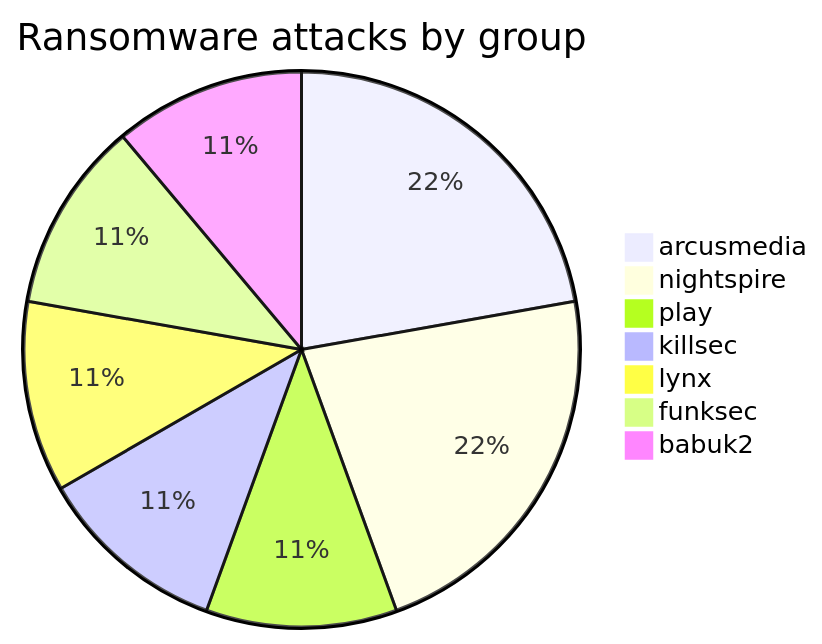
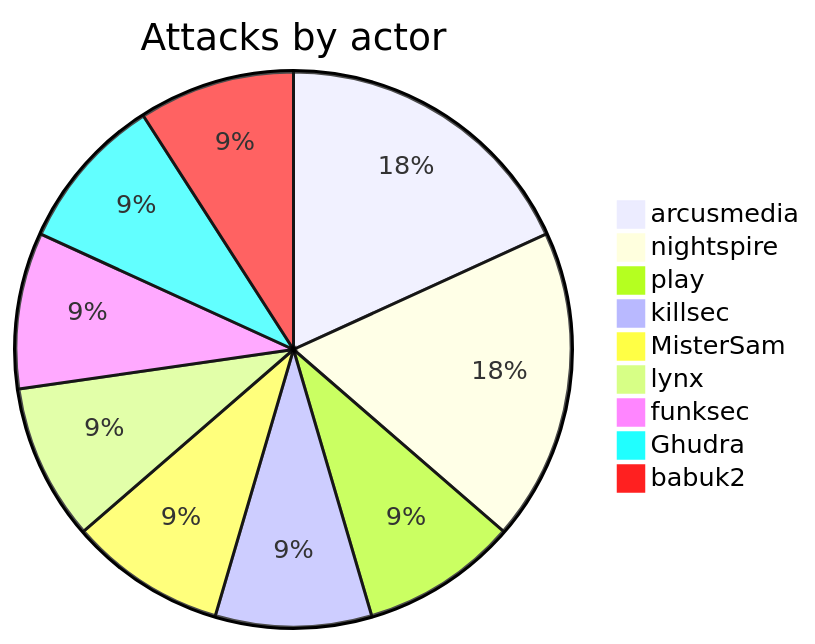
Before and after one commit to Hatchepsoute/AFRINTEL: the first of 5 diagrams in CyberAttackAfrica/2025/03-march/README.md, drawn with Mermaid. The commit also changed other lines of this file and 255 other files, not shown here.

````diff
--- a/CyberAttackAfrica/2025/03-march/README.md
+++ b/CyberAttackAfrica/2025/03-march/README.md
@@ -32,10 +34,12 @@
 ```mermaid
-pie title Ransomware attacks by group
+pie title Attacks by actor
     "arcusmedia" : 2
     "nightspire" : 2
     "play" : 1
     "killsec" : 1
+    "MisterSam" : 1
     "lynx" : 1
     "funksec" : 1
+    "Ghudra" : 1
     "babuk2" : 1
 ```
````
